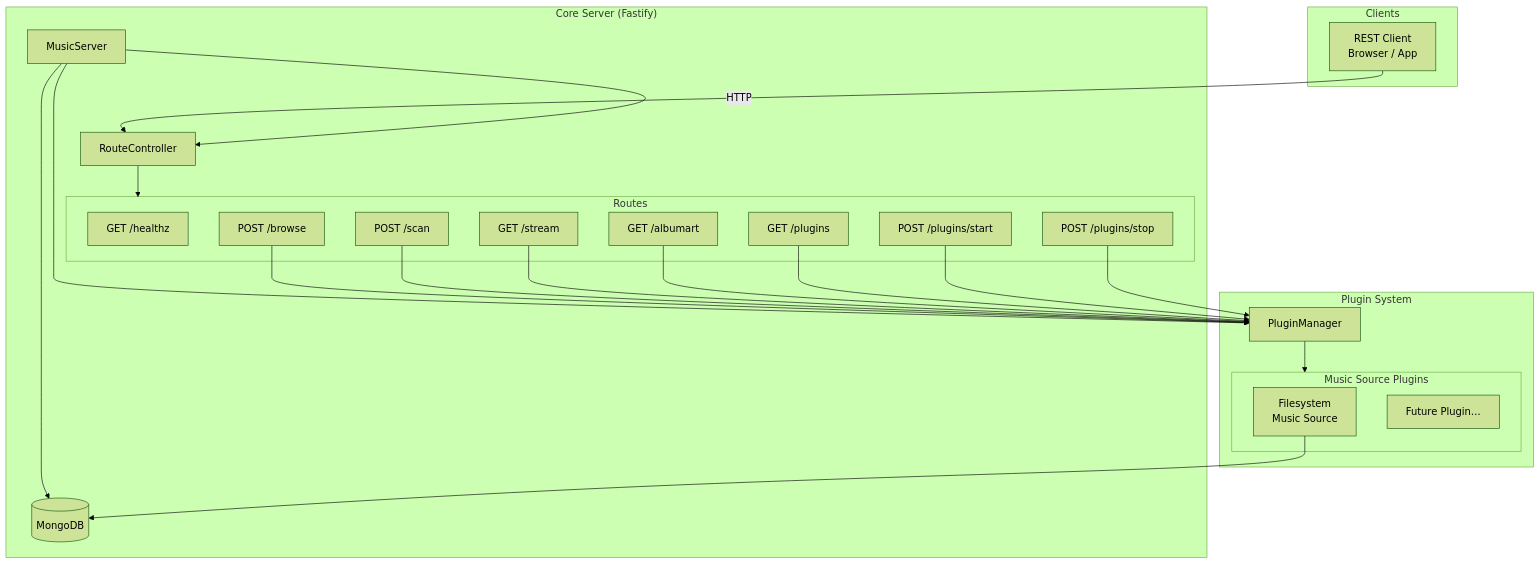
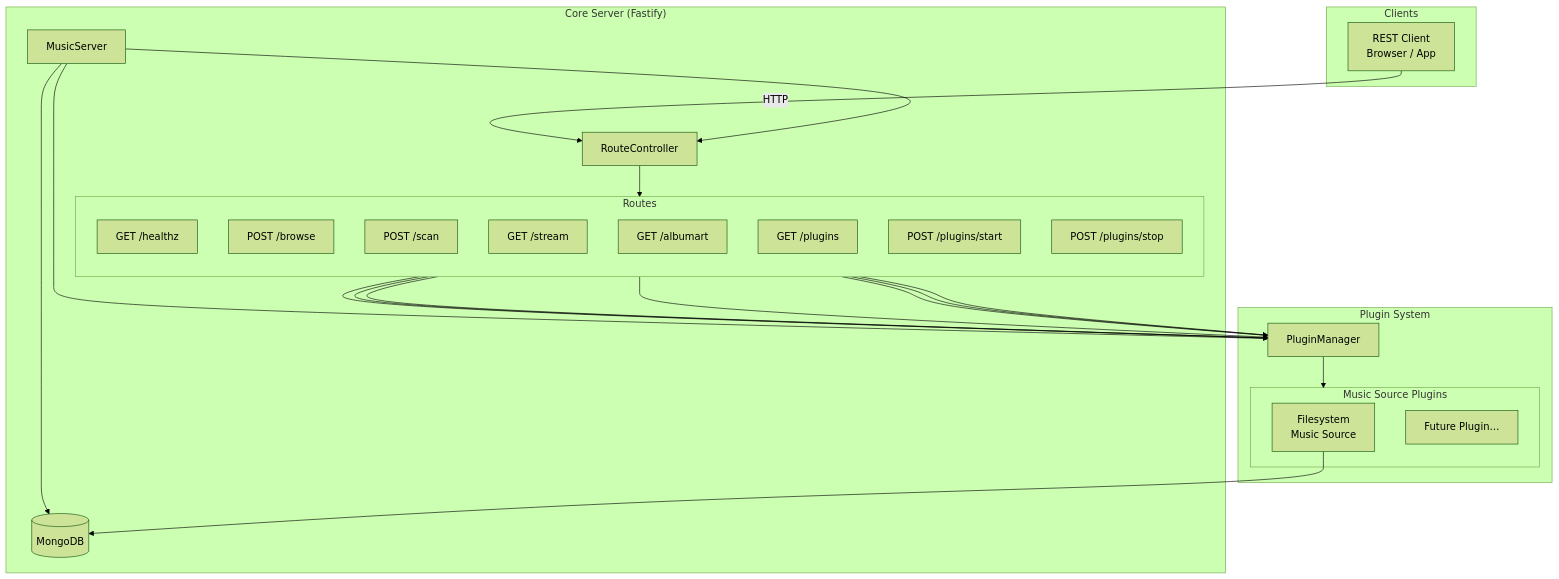
The diagram in docs/architecture.md (fanciulli/musicserver-backend), drawn with Mermaid (forest theme) before and after one commit. The commit also changed other lines of this file and 3 other files, not shown here.

Commit message:
Split architecture.md into separate files and address review feedback

````diff
--- a/docs/architecture.md
+++ b/docs/architecture.md
@@ -20,47 +5,48 @@
 ```mermaid
 graph TD
     subgraph Clients
         C1[REST Client<br/>Browser / App]
     end
 
     subgraph Core["Core Server (Fastify)"]
         RC[RouteController]
         MS[MusicServer]
         DB[(MongoDB)]
 
         subgraph Routes
+            direction TB
             R_HZ[GET /healthz]
             R_BR[POST /browse]
             R_SC[POST /scan]
             R_ST[GET /stream]
             R_AA[GET /albumart]
             R_PL[GET /plugins]
             R_PS[POST /plugins/start]
             R_PP[POST /plugins/stop]
         end
     end
 
     subgraph PluginSystem["Plugin System"]
         PM[PluginManager]
 
         subgraph MusicSources["Music Source Plugins"]
             FSS[Filesystem<br/>Music Source]
             P2[Future Plugin…]
         end
     end
 
     C1 -- HTTP --> RC
     RC --> Routes
     MS --> RC
     MS --> DB
     MS --> PM
     PM --> MusicSources
     R_BR --> PM
     R_SC --> PM
     R_ST --> PM
     R_AA --> PM
     R_PL --> PM
     R_PS --> PM
     R_PP --> PM
     FSS --> DB
 ```
````
